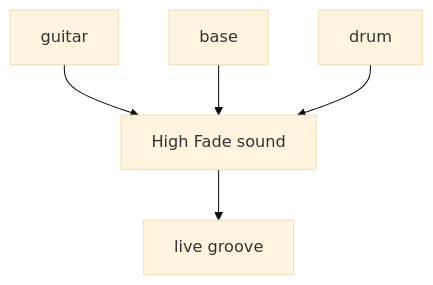
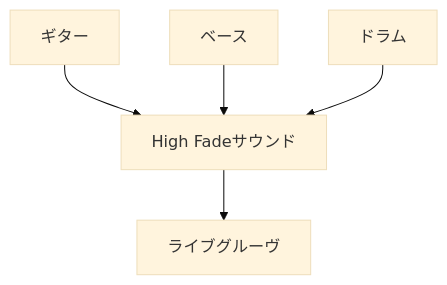
The eighth of 16 diagrams in en/_posts/2026-08-04-column-high-fade.md (monumental-movement/monumental-movement.github.io), drawn with Mermaid (base theme) before and after one commit. The commit also changed other lines of this file and 2196 other files, not shown here.

```diff
--- a/en/_posts/2026-08-04-column-high-fade.md
+++ b/en/_posts/2026-08-04-column-high-fade.md
@@ -923,14 +922,14 @@
 <div class="mermaid">
 flowchart TD
-A[High Fade sound]
+A[High Fadeサウンド]
 
-B[guitar]
-C[base]
-D[drum]
+B[ギター]
+C[ベース]
+D[ドラム]
 
 B --> A
 C --> A
 D --> A
 
-A --> E[live groove]
+A --> E[ライブグルーヴ]
 </div>
```
